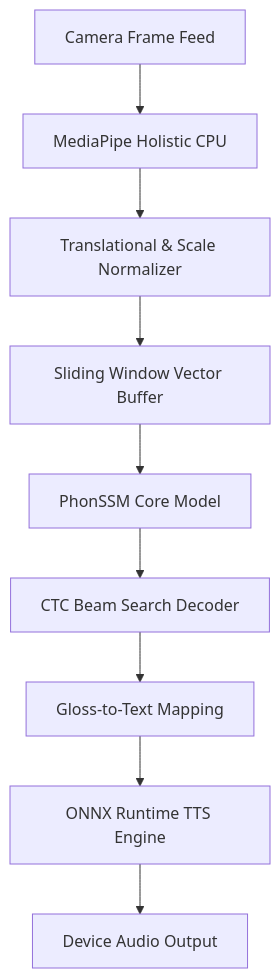
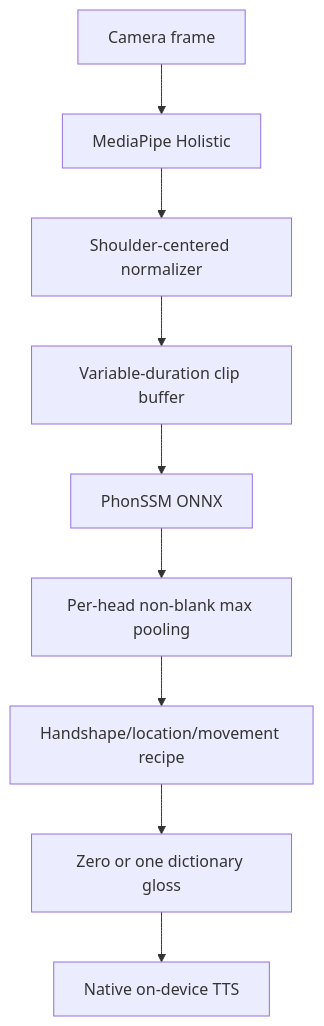
Before and after one commit to androsja/ManoSpeak: the first of 2 diagrams in docs/ARCHITECTURE.md, drawn with Mermaid. The commit also changed other lines of this file and 6 other files, not shown here.

````diff
--- a/docs/ARCHITECTURE.md
+++ b/docs/ARCHITECTURE.md
@@ -6,11 +18,11 @@
 ```mermaid
 graph TD
-    Camera[Camera Frame Feed] --> MPH[MediaPipe Holistic CPU]
-    MPH --> Norm[Translational & Scale Normalizer]
-    Norm --> SW[Sliding Window Vector Buffer]
-    SW --> PhonSSM[PhonSSM Core Model]
-    PhonSSM --> CTC[CTC Beam Search Decoder]
-    CTC --> GLOSS[Gloss-to-Text Mapping]
-    GLOSS --> ONNX_TTS[ONNX Runtime TTS Engine]
-    ONNX_TTS --> Audio[Device Audio Output]
+    Camera[Camera frame] --> MP[MediaPipe Holistic]
+    MP --> Norm[Shoulder-centered normalizer]
+    Norm --> Capture[Variable-duration clip buffer]
+    Capture --> ONNX[PhonSSM ONNX]
+    ONNX --> Pool[Per-head non-blank max pooling]
+    Pool --> Recipe[Handshape/location/movement recipe]
+    Recipe --> Gloss[Zero or one dictionary gloss]
+    Gloss --> NativeTTS[Native on-device TTS]
 ```
````
